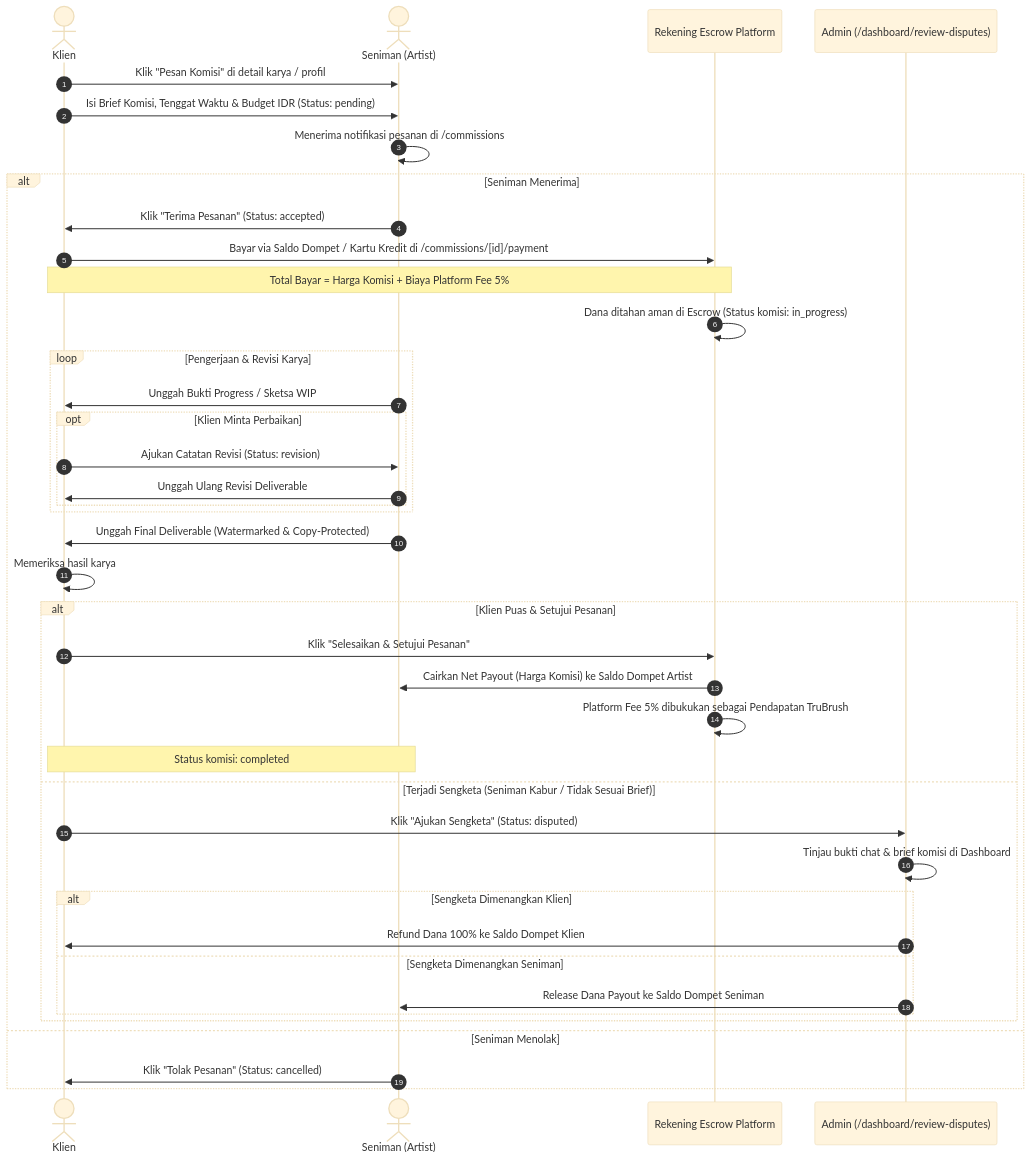
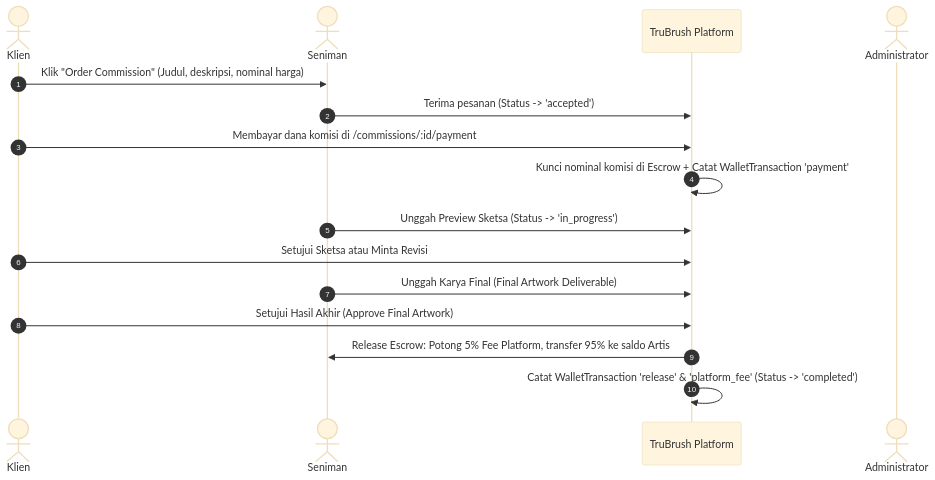
One commit to Revou-FSSE-Feb26/crack-fe-Diba15 changed the fourth of 4 diagrams in docs/BUSINESS_PROCESS.md. Above: the diagram before and after it, drawn with Mermaid (base theme). The commit also changed other lines of this file and 1 other file, not shown here.

````diff
--- a/docs/BUSINESS_PROCESS.md
+++ b/docs/BUSINESS_PROCESS.md
@@ -156,48 +145,19 @@
 ```mermaid
 sequenceDiagram
     autonumber
     actor Client as Klien
-    actor Artist as Seniman (Artist)
-    participant Escrow as Rekening Escrow Platform
-    participant Admin as Admin (/dashboard/review-disputes)
+    actor Artist as Seniman
+    participant System as TruBrush Platform
+    actor Admin as Administrator
 
-    Client->>Artist: Klik "Pesan Komisi" di detail karya / profil
-    Client->>Artist: Isi Brief Komisi, Tenggat Waktu & Budget IDR (Status: pending)
-    
-    Artist->>Artist: Menerima notifikasi pesanan di /commissions
-    alt Seniman Menerima
-        Artist->>Client: Klik "Terima Pesanan" (Status: accepted)
-        Client->>Escrow: Bayar via Saldo Dompet / Kartu Kredit di /commissions/[id]/payment
-        Note over Client,Escrow: Total Bayar = Harga Komisi + Biaya Platform Fee 5%
-        Escrow->>Escrow: Dana ditahan aman di Escrow (Status komisi: in_progress)
-        
-        loop Pengerjaan & Revisi Karya
-            Artist->>Client: Unggah Bukti Progress / Sketsa WIP
-            opt Klien Minta Perbaikan
-                Client->>Artist: Ajukan Catatan Revisi (Status: revision)
-                Artist->>Client: Unggah Ulang Revisi Deliverable
-            end
-        end
-
-        Artist->>Client: Unggah Final Deliverable (Watermarked & Copy-Protected)
-        Client->>Client: Memeriksa hasil karya
-        
-        alt Klien Puas & Setujui Pesanan
-            Client->>Escrow: Klik "Selesaikan & Setujui Pesanan"
-            Escrow->>Artist: Cairkan Net Payout (Harga Komisi) ke Saldo Dompet Artist
-            Escrow->>Escrow: Platform Fee 5% dibukukan sebagai Pendapatan TruBrush
-            Note over Client,Artist: Status komisi: completed
-        else Terjadi Sengketa (Seniman Kabur / Tidak Sesuai Brief)
-            Client->>Admin: Klik "Ajukan Sengketa" (Status: disputed)
-            Admin->>Admin: Tinjau bukti chat & brief komisi di Dashboard
-            alt Sengketa Dimenangkan Klien
-                Admin->>Client: Refund Dana 100% ke Saldo Dompet Klien
-            else Sengketa Dimenangkan Seniman
-                Admin->>Artist: Release Dana Payout ke Saldo Dompet Seniman
-            end
-        end
-
-    else Seniman Menolak
-        Artist->>Client: Klik "Tolak Pesanan" (Status: cancelled)
-    end
+    Client->>Artist: Klik "Order Commission" (Judul, deskripsi, nominal harga)
+    Artist->>System: Terima pesanan (Status -> 'accepted')
+    Client->>System: Membayar dana komisi di /commissions/:id/payment
+    System->>System: Kunci nominal komisi di Escrow + Catat WalletTransaction 'payment'
+    Artist->>System: Unggah Preview Sketsa (Status -> 'in_progress')
+    Client->>System: Setujui Sketsa atau Minta Revisi
+    Artist->>System: Unggah Karya Final (Final Artwork Deliverable)
+    Client->>System: Setujui Hasil Akhir (Approve Final Artwork)
+    System->>Artist: Release Escrow: Potong 5% Fee Platform, transfer 95% ke saldo Artis
+    System->>System: Catat WalletTransaction 'release' & 'platform_fee' (Status -> 'completed')
 ```
````
